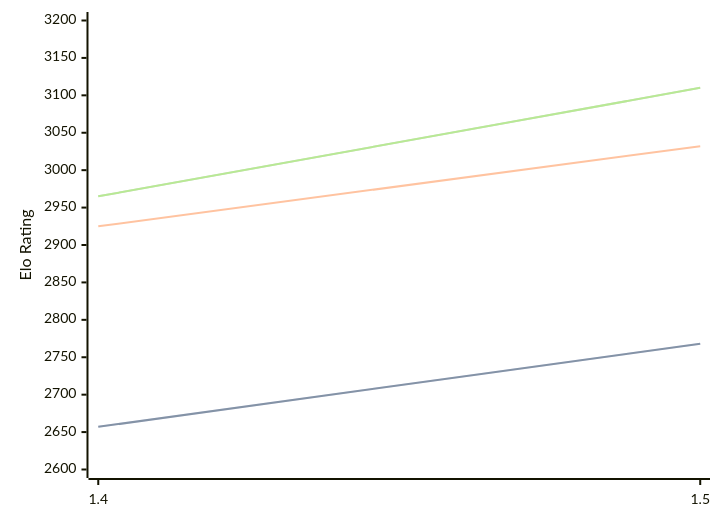
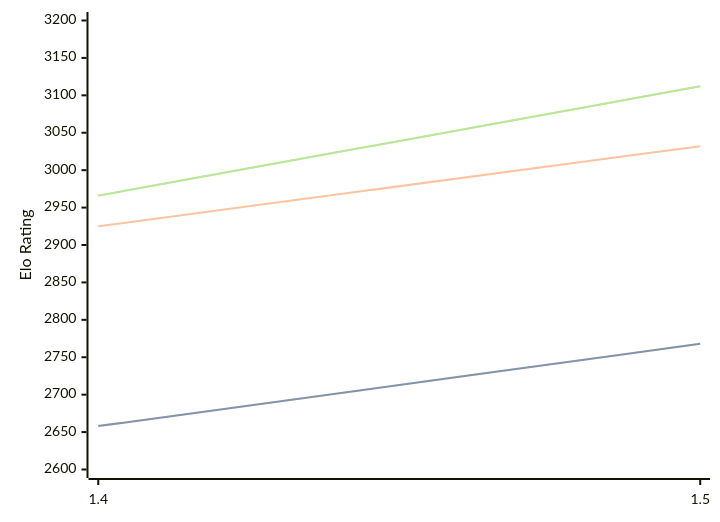
Before and after one commit to computer-chess-index/cci: the diagram in engines/Yakka.md, drawn with Mermaid. The commit also changed other lines of this file, not shown here.

Commit message:
Update CCI Ratings (ELO VLTC) - 2026-09-25

````diff
--- a/engines/Yakka.md
+++ b/engines/Yakka.md
@@ -32,11 +33,11 @@
 ```mermaid
 %%{init: {"theme":"base","themeVariables":{"seriesColors:['#a3a3a3','#222221','#faa371']}}}%%
 xychart-beta
   x-axis ["1.4", "1.5"]
   y-axis "Elo Rating" 2600 --> 3200
-  line "" [2657, 2768]
-  line "STC (8.0+0.08s)" [2657, 2768]
+  line "" [2658, 2768]
+  line "STC (8.0+0.08s)" [2658, 2768]
   line "LTC (60.0+0.60s)" [2925, 3032]
-  line "" [2965, 3110]
-  line "VLTC (2m24s+1.12s)" [2965, 3110]
+  line "" [2966, 3112]
+  line "VLTC (2m24s+1.12s)" [2966, 3112]
 ```
````
